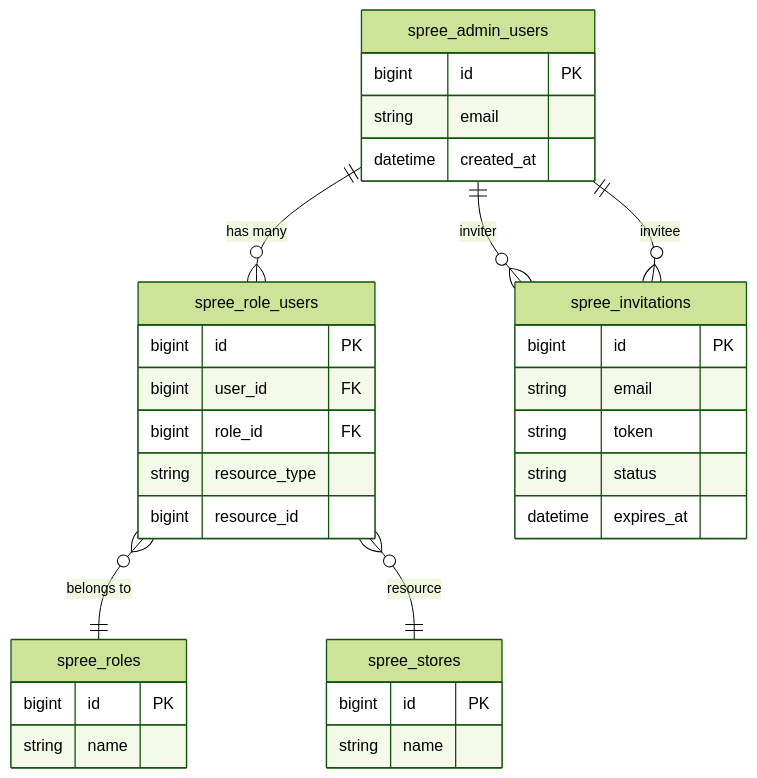
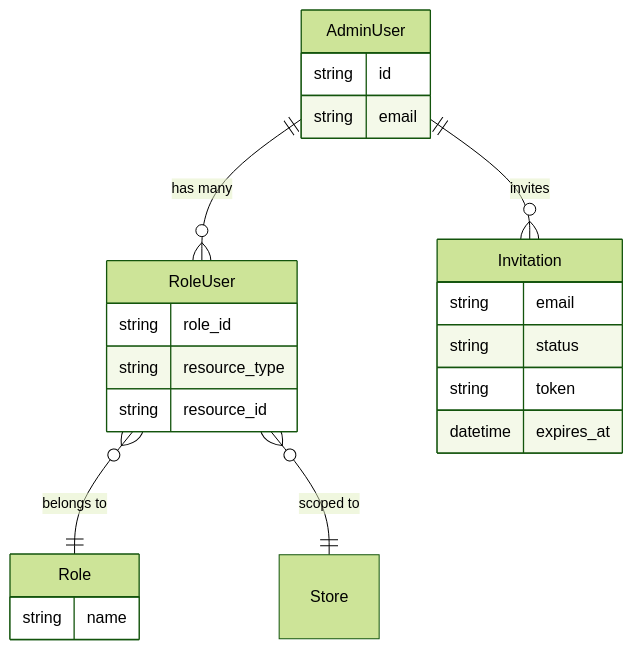
One commit to spree/spree changed the second of 3 diagrams in docs/developer/core-concepts/users.mdx. Above: the diagram before and after it, drawn with Mermaid (forest theme). The commit also changed other lines of this file and 363 other files, not shown here.

````diff
--- a/docs/developer/core-concepts/users.mdx
+++ b/docs/developer/core-concepts/users.mdx
@@ -168,40 +195,29 @@
 ```mermaid
 erDiagram
-    spree_admin_users ||--o{ spree_role_users : "has many"
-    spree_role_users }o--|| spree_roles : "belongs to"
-    spree_role_users }o--|| spree_stores : "resource"
-    spree_admin_users ||--o{ spree_invitations : "inviter"
-    spree_admin_users ||--o{ spree_invitations : "invitee"
+    AdminUser ||--o{ RoleUser : "has many"
+    RoleUser }o--|| Role : "belongs to"
+    RoleUser }o--|| Store : "scoped to"
+    AdminUser ||--o{ Invitation : "invites"
 
-    spree_admin_users {
-        bigint id PK
+    AdminUser {
+        string id
         string email
-        datetime created_at
     }
 
-    spree_role_users {
-        bigint id PK
-        bigint user_id FK
-        bigint role_id FK
+    RoleUser {
+        string role_id
         string resource_type
-        bigint resource_id
+        string resource_id
     }
 
-    spree_roles {
-        bigint id PK
+    Role {
         string name
     }
 
-    spree_stores {
-        bigint id PK
-        string name
-    }
-
-    spree_invitations {
-        bigint id PK
+    Invitation {
         string email
+        string status
         string token
-        string status
         datetime expires_at
     }
 ```
````
